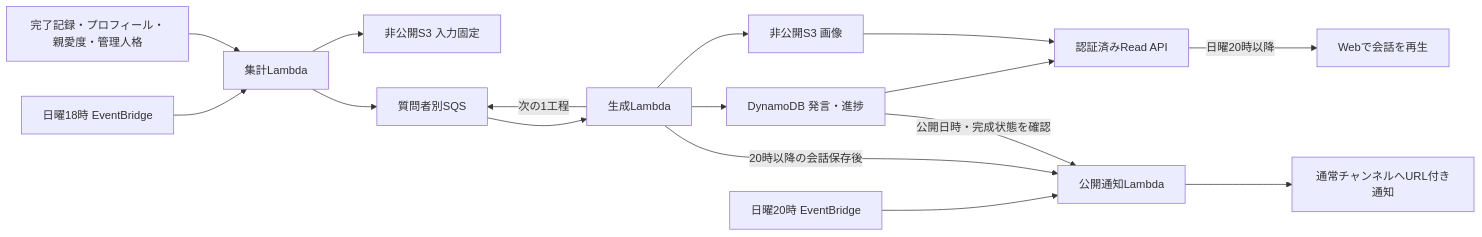
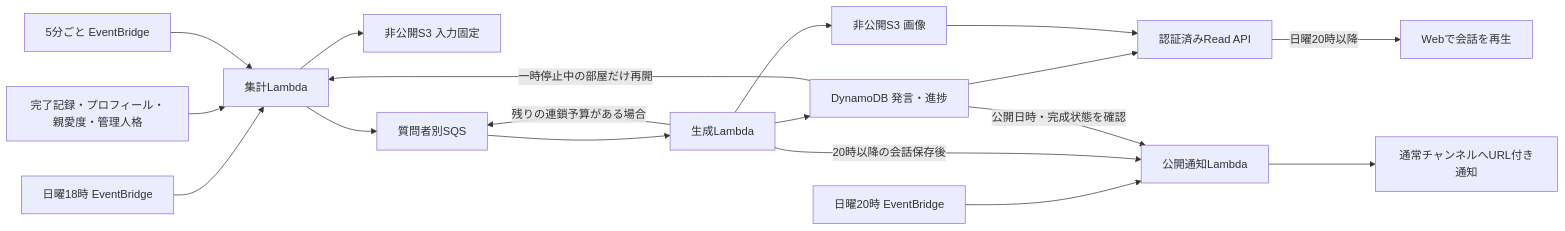
One commit to pitekusu/shittim-chest changed the diagram in docs/28_モモトーク設計.md. Above: the diagram before and after it, drawn with Mermaid. The commit also changed other lines of this file and 17 other files, not shown here.

````diff
--- a/docs/28_モモトーク設計.md
+++ b/docs/28_モモトーク設計.md
@@ -36,18 +36,20 @@
 ```mermaid
 flowchart LR
     Schedule[日曜18時 EventBridge] --> Collect[集計Lambda]
     Archive[完了記録・プロフィール・親愛度・管理人格] --> Collect
     Collect --> Input[非公開S3 入力固定]
     Collect --> Queue[質問者別SQS]
     Queue --> Worker[生成Lambda]
     Worker --> Checkpoint[DynamoDB 発言・進捗]
     Worker --> Image[非公開S3 画像]
-    Worker -->|次の1工程| Queue
+    Worker -->|残りの連鎖予算がある場合| Queue
+    Resume[5分ごと EventBridge] --> Collect
+    Checkpoint -->|一時停止中の部屋だけ再開| Collect
     Checkpoint --> API[認証済みRead API]
     Image --> API
     API -->|日曜20時以降| Web[Webで会話を再生]
     Publish[日曜20時 EventBridge] --> Notice[公開通知Lambda]
     Worker -->|20時以降の会話保存後| Notice
     Checkpoint -->|公開日時・完成状態を確認| Notice
     Notice --> Discord[通常チャンネルへURL付き通知]
 ```
````
